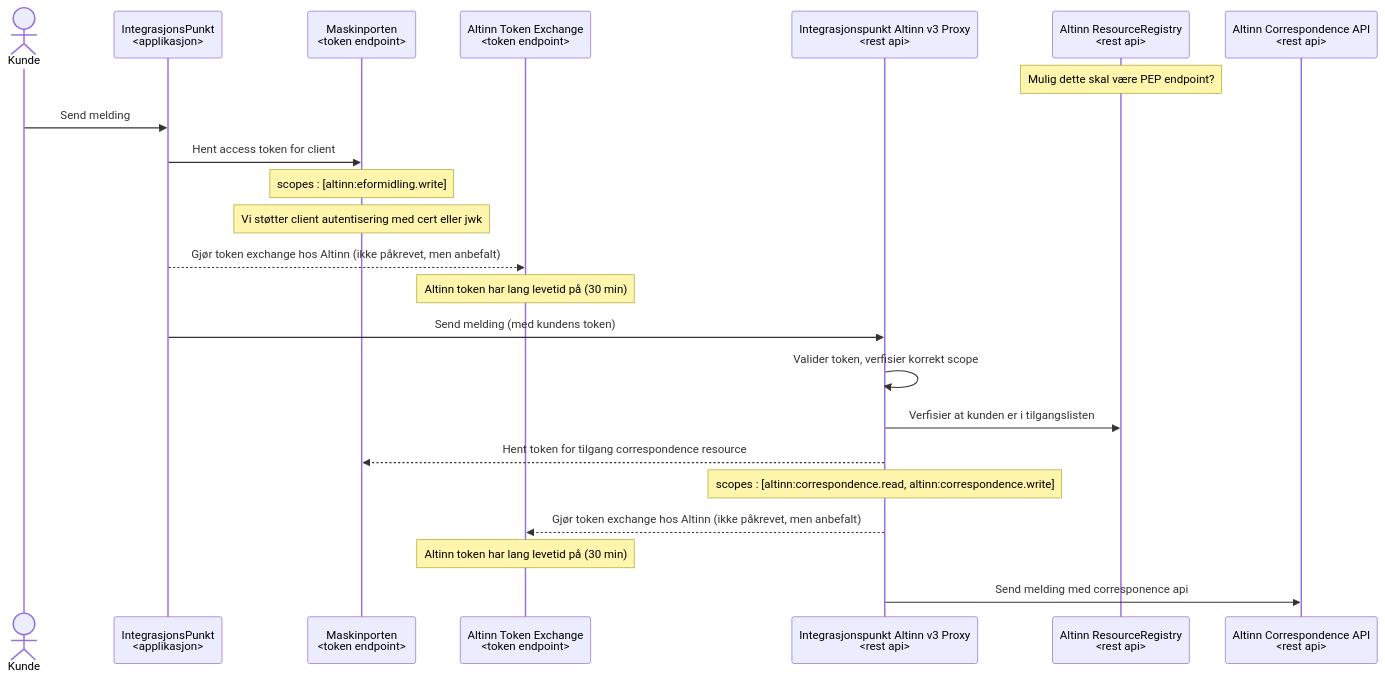
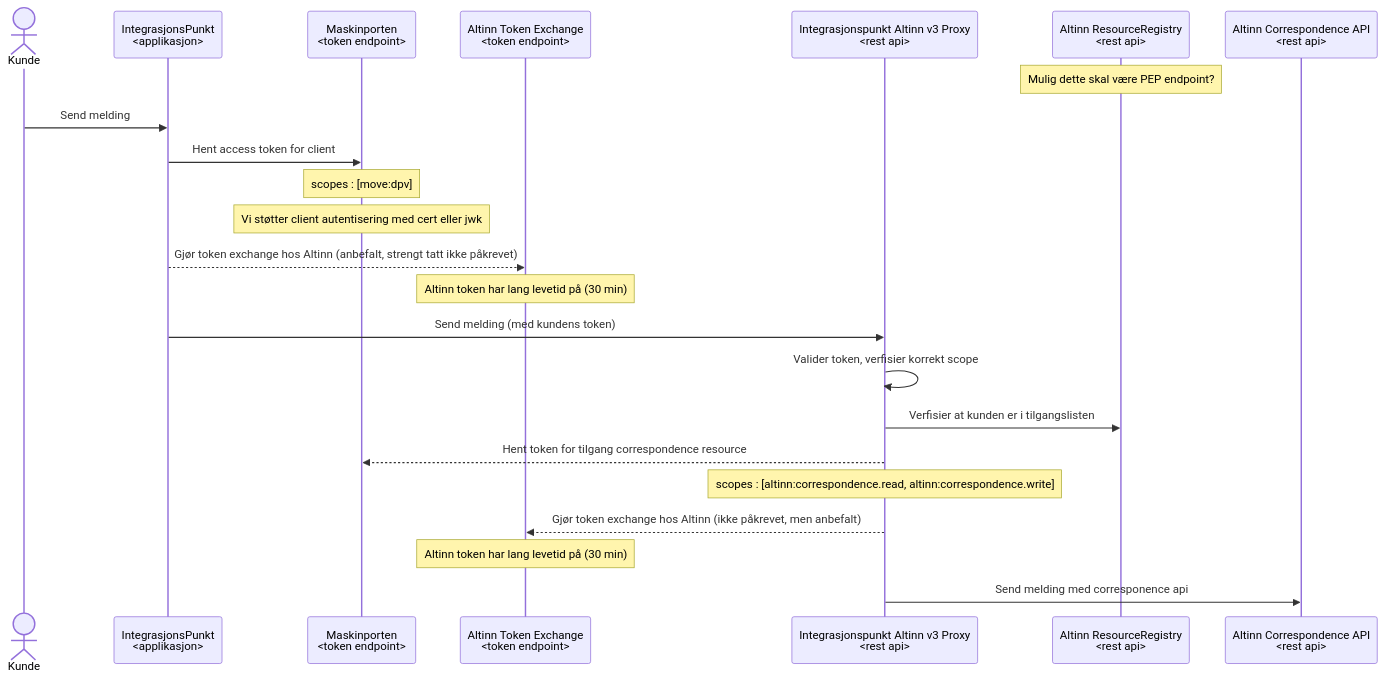
The second of 2 diagrams in altinn-v3-client/altinn_dpv.md (felleslosninger/efm-integrasjonspunkt), drawn with Mermaid before and after one commit. The commit also changed other lines of this file and 1 other file, not shown here.

Commit message:
Oppdatert DPO og DPV onboarding

````diff
--- a/altinn-v3-client/altinn_dpv.md
+++ b/altinn-v3-client/altinn_dpv.md
@@ -28,28 +28,28 @@
 ```mermaid
 sequenceDiagram
     actor K as Kunde
     participant IP as IntegrasjonsPunkt<br><applikasjon>
     participant M as Maskinporten<br><token endpoint>
     participant AT as Altinn Token Exchange<br><token endpoint>
     participant IB as Integrasjonspunkt Altinn v3 Proxy<br><rest api>
     participant AR as Altinn ResourceRegistry<br><rest api>
     participant AC as Altinn Correspondence API<br><rest api>
     
     note over AR: Mulig dette skal være PEP endpoint?
     
     K->>IP: Send melding
     IP->>M: Hent access token for client
-    note over M : scopes : [altinn:eformidling.write]
+    note over M : scopes : [move:dpv]
     note over M : Vi støtter client autentisering med cert eller jwk
-    IP-->>AT: Gjør token exchange hos Altinn (ikke påkrevet, men anbefalt)
+    IP-->>AT: Gjør token exchange hos Altinn (anbefalt, strengt tatt ikke påkrevet)
     note over AT : Altinn token har lang levetid på (30 min)
 
     IP->>IB: Send melding (med kundens token)
     IB->>IB: Valider token, verfisier korrekt scope
     IB->>AR: Verfisier at kunden er i tilgangslisten
     IB-->>M: Hent token for tilgang correspondence resource
     note over IB: scopes : [altinn:correspondence.read, altinn:correspondence.write]
     IB-->>AT: Gjør token exchange hos Altinn (ikke påkrevet, men anbefalt)
     note over AT : Altinn token har lang levetid på (30 min)
     IB->>AC: Send melding med corresponence api
 ```
````
